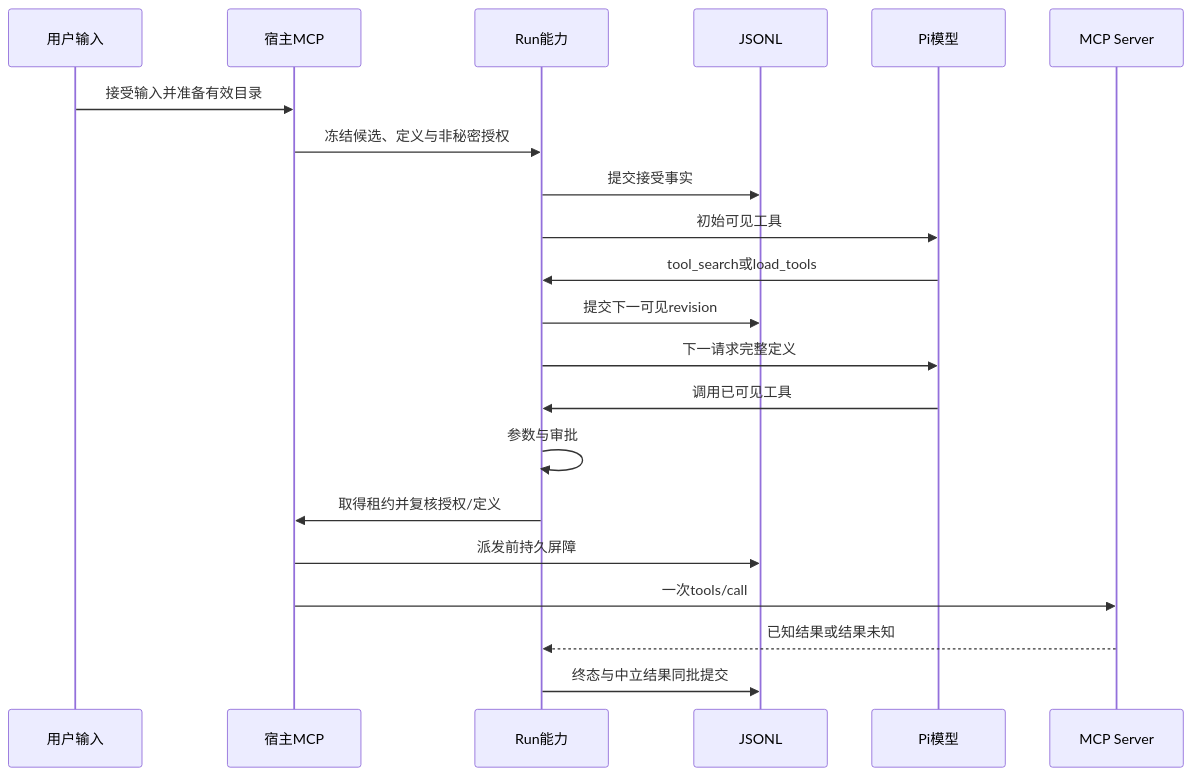
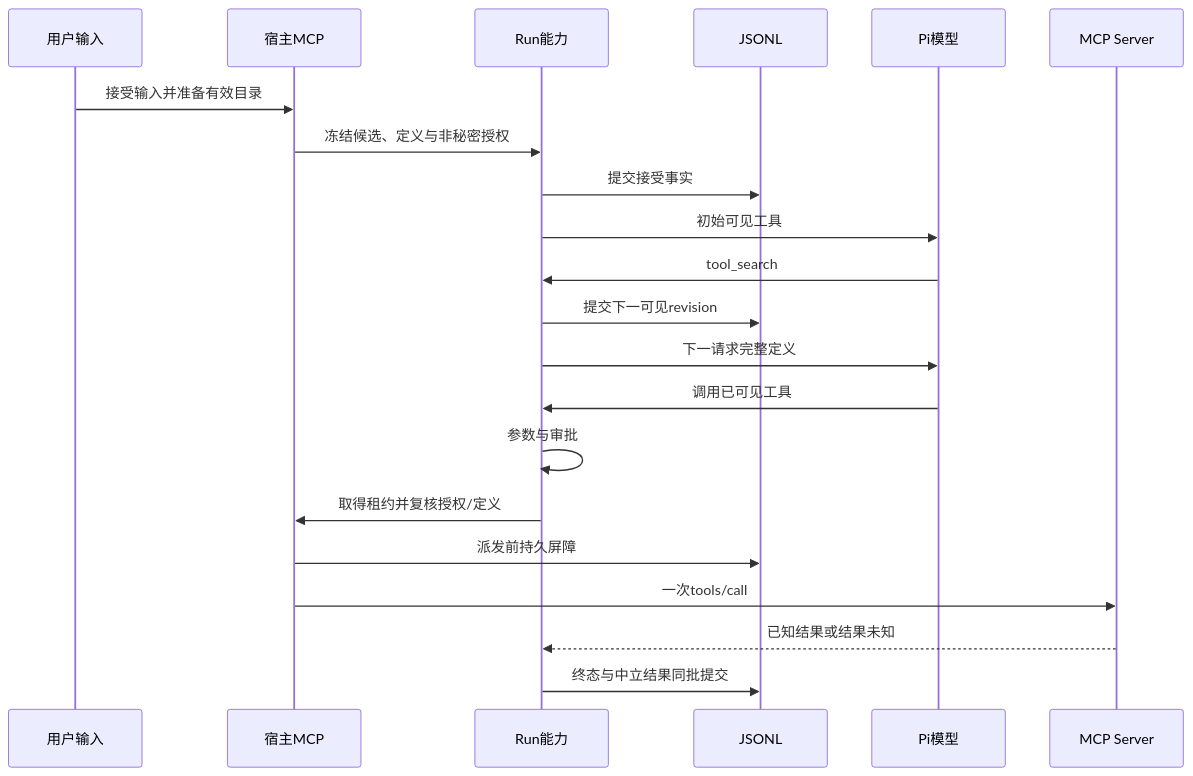
Before and after one commit to lxy980795277/my-pi-harness: the diagram in docs/09_TECHNICAL/MCP连接设计.md, drawn with Mermaid. The commit also changed other lines of this file and 78 other files, not shown here.

````diff
--- a/docs/09_TECHNICAL/MCP连接设计.md
+++ b/docs/09_TECHNICAL/MCP连接设计.md
@@ -61,23 +61,23 @@
 ```mermaid
 sequenceDiagram
   participant U as 用户输入
   participant H as 宿主MCP
   participant R as Run能力
   participant J as JSONL
   participant M as Pi模型
   participant S as MCP Server
   U->>H: 接受输入并准备有效目录
   H->>R: 冻结候选、定义与非秘密授权
   R->>J: 提交接受事实
   R->>M: 初始可见工具
-  M->>R: tool_search或load_tools
+  M->>R: tool_search
   R->>J: 提交下一可见revision
   R->>M: 下一请求完整定义
   M->>R: 调用已可见工具
   R->>R: 参数与审批
   R->>H: 取得租约并复核授权/定义
   H->>J: 派发前持久屏障
   H->>S: 一次tools/call
   S-->>R: 已知结果或结果未知
   R->>J: 终态与中立结果同批提交
 ```
````
